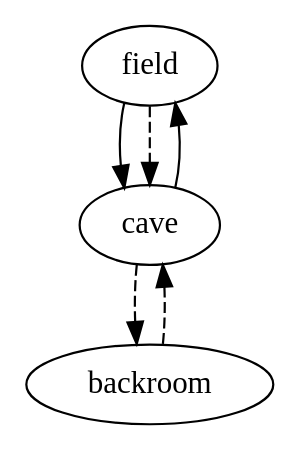
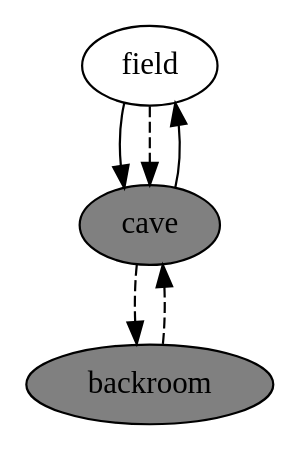
The diagram in map.gv (nadflop/text-adventure), drawn with Graphviz before and after one commit. The commit also changed 17 other files, not shown here.

```diff
--- a/map.gv
+++ b/map.gv
@@ -1,7 +1,11 @@
 digraph map {
+	node [style=filled]
 	field -> cave
 	field -> cave[style=dashed]
 	cave -> field
 	cave -> backroom[style=dashed]
 	backroom -> cave[style=dashed]
+	backroom [fillcolor=grey]
+	field [fillcolor=white]
+	cave [fillcolor=grey]
 }
```
